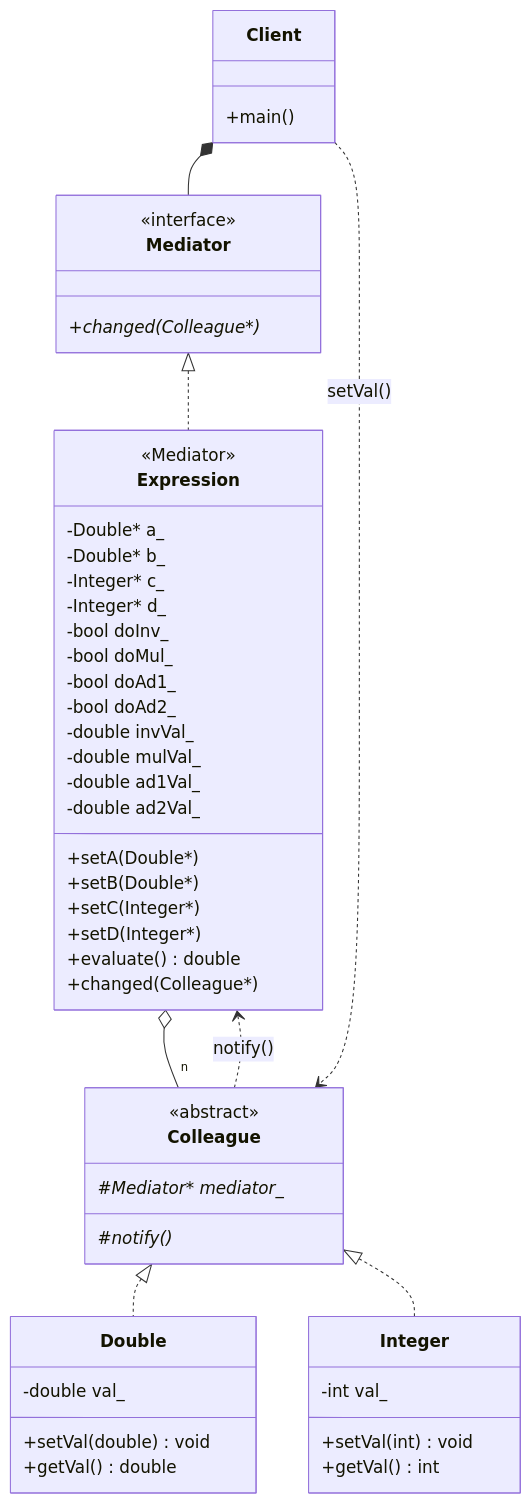
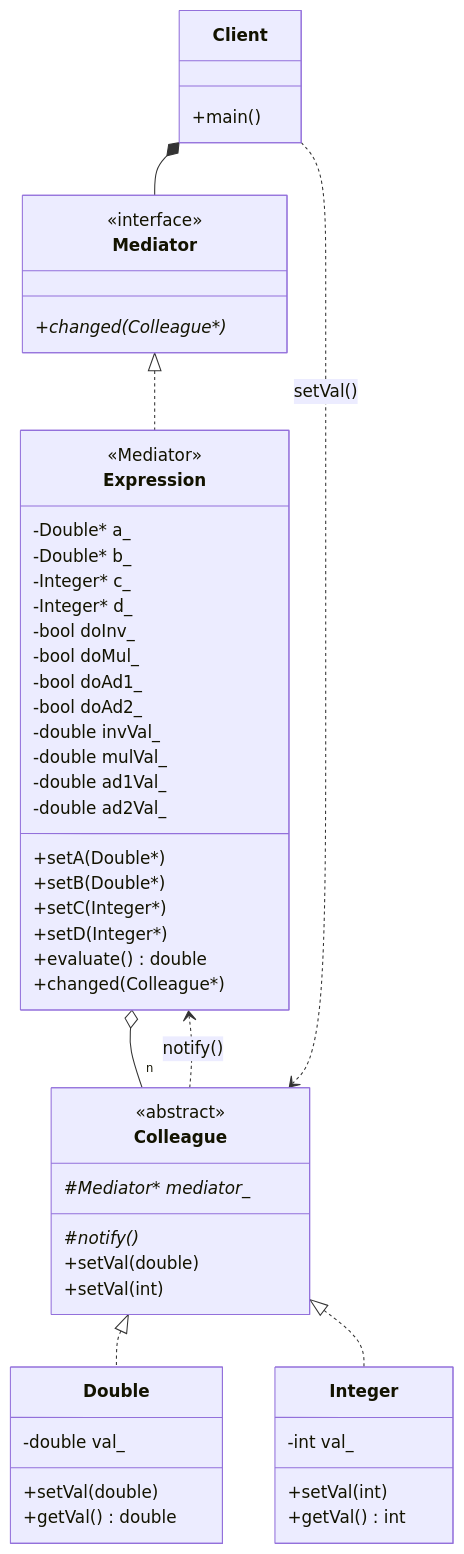
Before and after one commit to Cichlidfishexigency721/Modern-CPP-Design-Patterns: the diagram in 22_Mediator/README.md, drawn with Mermaid. The commit also changed 2 other files, not shown here.

Commit message:
Improvement in UML

````diff
--- a/22_Mediator/README.md
+++ b/22_Mediator/README.md
@@ -50,73 +50,75 @@
 ```mermaid
 classDiagram
    class Mediator {
       <<interface>>
       +changed(Colleague*)*
    }
 
    class Colleague {
       <<abstract>>
       #Mediator* mediator_*
       #notify()*
+      +setVal(double)
+      +setVal(int)
    }
 
    class Double {
       -double val_
-      +setVal(double) void
+      +setVal(double)
       +getVal() double
    }
 
    class Integer {
       -int val_
-      +setVal(int) void
+      +setVal(int)
       +getVal() int
    }
 
    class Expression {
       <<Mediator>>
       -Double* a_
       -Double* b_
       -Integer* c_
       -Integer* d_
       -bool doInv_
       -bool doMul_
       -bool doAd1_
       -bool doAd2_
       -double invVal_
       -double mulVal_
       -double ad1Val_
       -double ad2Val_
       +setA(Double*)
       +setB(Double*)
       +setC(Integer*)
       +setD(Integer*)
       +evaluate() double
       +changed(Colleague*)
    }
 
    class Client {
       +main()
    }
 
    %% Notify
    %%Double ..> Expression : notify()
    %%Integer ..> Expression : notify()
    Colleague ..> Expression : notify()
 
    %% Inheritance (Implements)
    Mediator <|.. Expression
    Colleague <|.. Double
    Colleague <|.. Integer
 
    %% Composition (Has_a)
    %%Colleague o-- Mediator : mediator_
    Expression o-- "n" Colleague
    %%Expression *-- "2" Double : a_,b_
    %%Expression *-- "2" Integer : c_,d_
 
    %% Composition (Has a)
    Client *-- Mediator
    %%Client ..> Double : setVal()
    %%Client ..> Integer : setVal()
    Client ..> Colleague : setVal()
 ```
````
